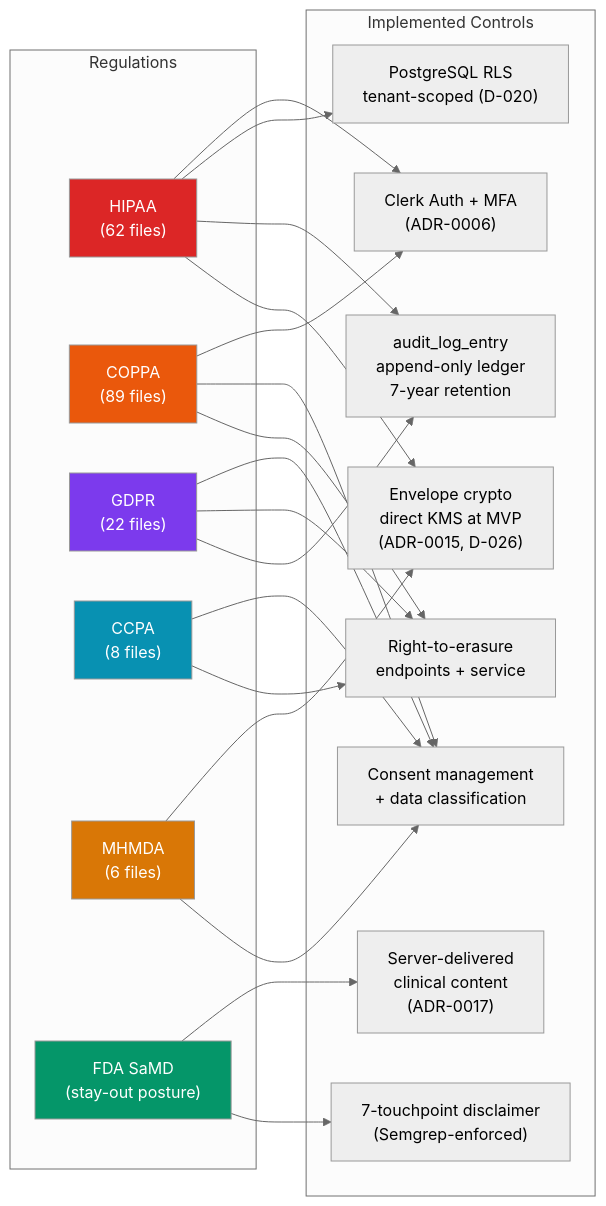
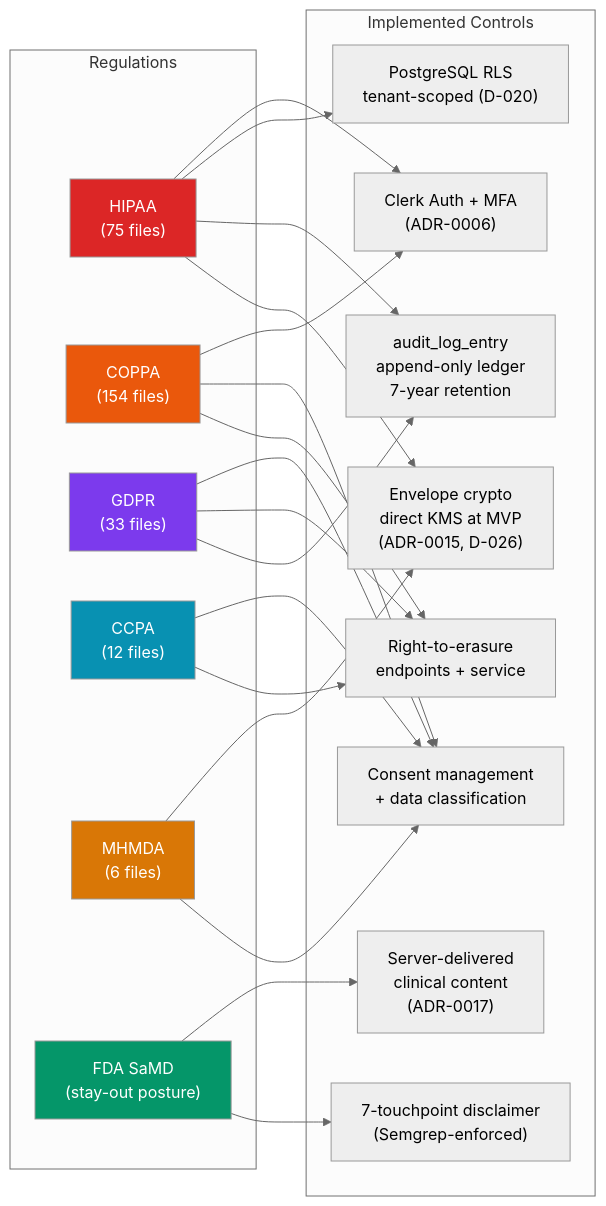
The second of 3 diagrams in Flourish/README.md (MILTONADINA/Private-Projects-Portfolio-Showcase), drawn with Mermaid (neutral theme) before and after one commit. The commit also changed other lines of this file and 12 other files, not shown here.

Commit message:
Masterpiece polish: re-verify all metrics 2026-05-29 (BrightPath 403 tables/1063 RLS, Flourish 1278 tests/25 workspaces, Light Routines 354), fresh test PNGs, mermaid charts, corrected root index + Security-Patterns + inventories

````diff
--- a/Flourish/README.md
+++ b/Flourish/README.md
@@ -116,36 +116,36 @@
 ```mermaid
 graph LR
     subgraph Regs["Regulations"]
-        HIPAA["HIPAA<br/>(62 files)"]
-        COPPA["COPPA<br/>(89 files)"]
-        GDPR["GDPR<br/>(22 files)"]
-        CCPA["CCPA<br/>(8 files)"]
+        HIPAA["HIPAA<br/>(75 files)"]
+        COPPA["COPPA<br/>(154 files)"]
+        GDPR["GDPR<br/>(33 files)"]
+        CCPA["CCPA<br/>(12 files)"]
         MHMDA["MHMDA<br/>(6 files)"]
         FDA["FDA SaMD<br/>(stay-out posture)"]
     end
 
     subgraph Controls["Implemented Controls"]
         Auth["Clerk Auth + MFA<br/>(ADR-0006)"]
         RLS["PostgreSQL RLS<br/>tenant-scoped (D-020)"]
         Audit["audit_log_entry<br/>append-only ledger<br/>7-year retention"]
         Crypto["Envelope crypto<br/>direct KMS at MVP<br/>(ADR-0015, D-026)"]
         ContentSep["Server-delivered<br/>clinical content<br/>(ADR-0017)"]
         Disclaim["7-touchpoint disclaimer<br/>(Semgrep-enforced)"]
         Erase["Right-to-erasure<br/>endpoints + service"]
         Consent["Consent management<br/>+ data classification"]
     end
 
     HIPAA --> Auth & RLS & Audit & Crypto
     COPPA --> Auth & Consent & Erase
     GDPR --> Consent & Erase & Audit
     CCPA --> Consent & Erase
     MHMDA --> Crypto & Consent
     FDA --> ContentSep & Disclaim
 
     style HIPAA fill:#dc2626,color:#fff
     style COPPA fill:#ea580c,color:#fff
     style GDPR fill:#7c3aed,color:#fff
     style CCPA fill:#0891b2,color:#fff
     style MHMDA fill:#d97706,color:#fff
     style FDA fill:#059669,color:#fff
 ```
````
